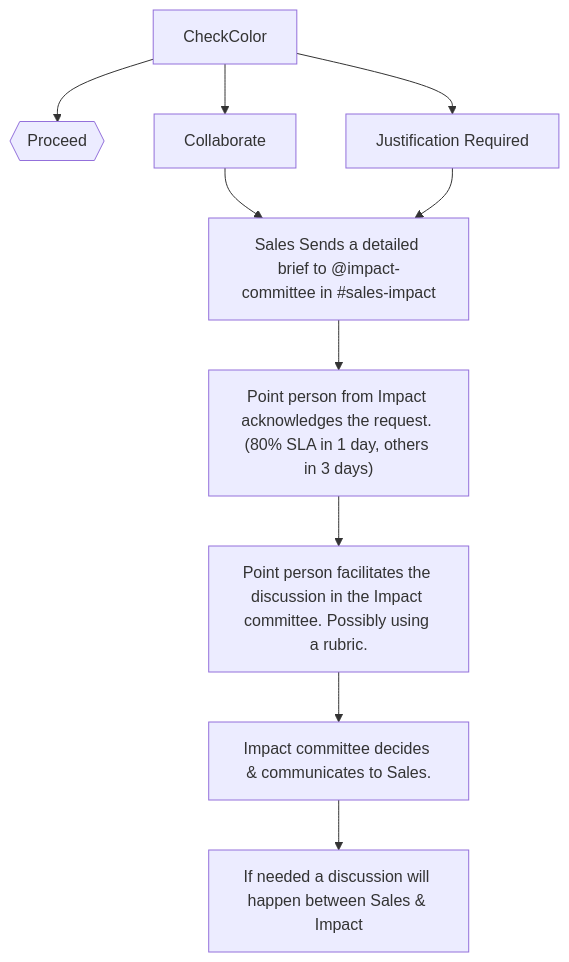
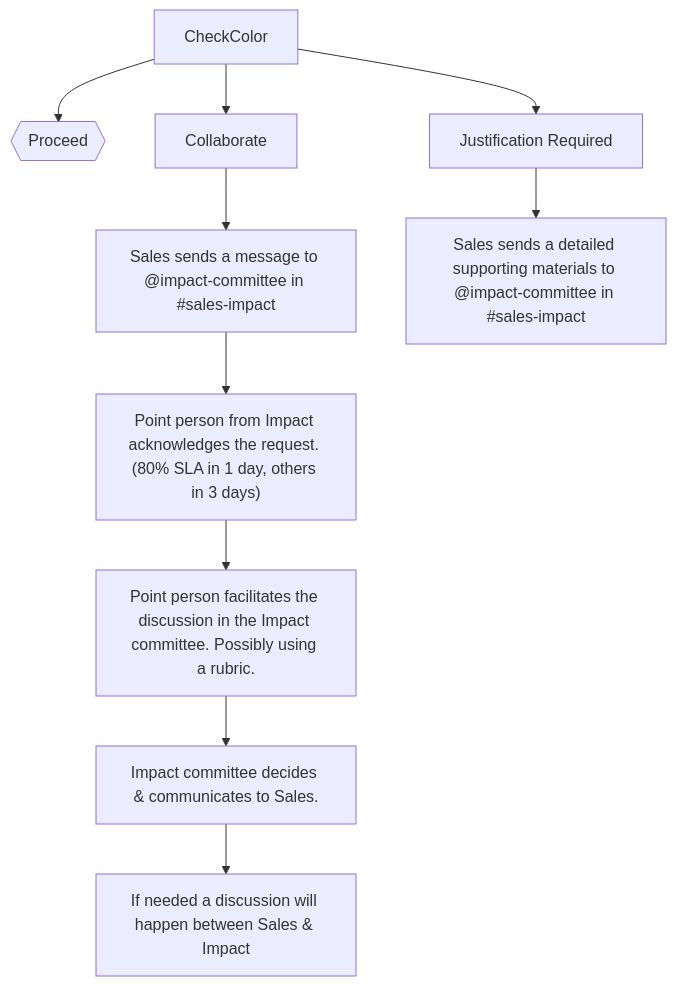
The first of 3 diagrams in impact2.md (mgifford/mermaid-graphs), drawn with Mermaid before and after one commit.

Commit message:
starting red

````diff
--- a/impact2.md
+++ b/impact2.md
@@ -7,13 +7,13 @@
 ```mermaid
 graph TD
     CheckColor-->IsGreen{{Proceed}};
     CheckColor-->isYellow[Collaborate];
     CheckColor-->isJustificationRequired["Justification Required"];
-    isYellow-->salesAlertsImpacts["Sales Sends a message to @impact-committee in #sales-impact"];
-   salesAlertsImpacts-->ImpactResponds["Point person from Impact acknowledges the request. (80% SLA in 1 day, others in 3 days)"];
+    isYellow-->salesAlertsImpactsYellow["Sales sends a message to @impact-committee in #sales-impact"];
+   salesAlertsImpactsYellow-->ImpactResponds["Point person from Impact acknowledges the request. (80% SLA in 1 day, others in 3 days)"];
    ImpactResponds-->ImpactDiscusses["Point person facilitates the discussion in the Impact committee. Possibly using a rubric."];
   ImpactDiscusses-->Decision["Impact committee decides & communicates to Sales."];
   Decision-->Discussion["If needed a discussion will happen between Sales & Impact"];
 
-  isJustificationRequired-->salesAlertsImpacts["Sales Sends a detailed brief to @impact-committee in #sales-impact"];
+  isJustificationRequired-->salesAlertsImpactsRed["Sales sends a detailed supporting materials to @impact-committee in #sales-impact"];
 ```
````
